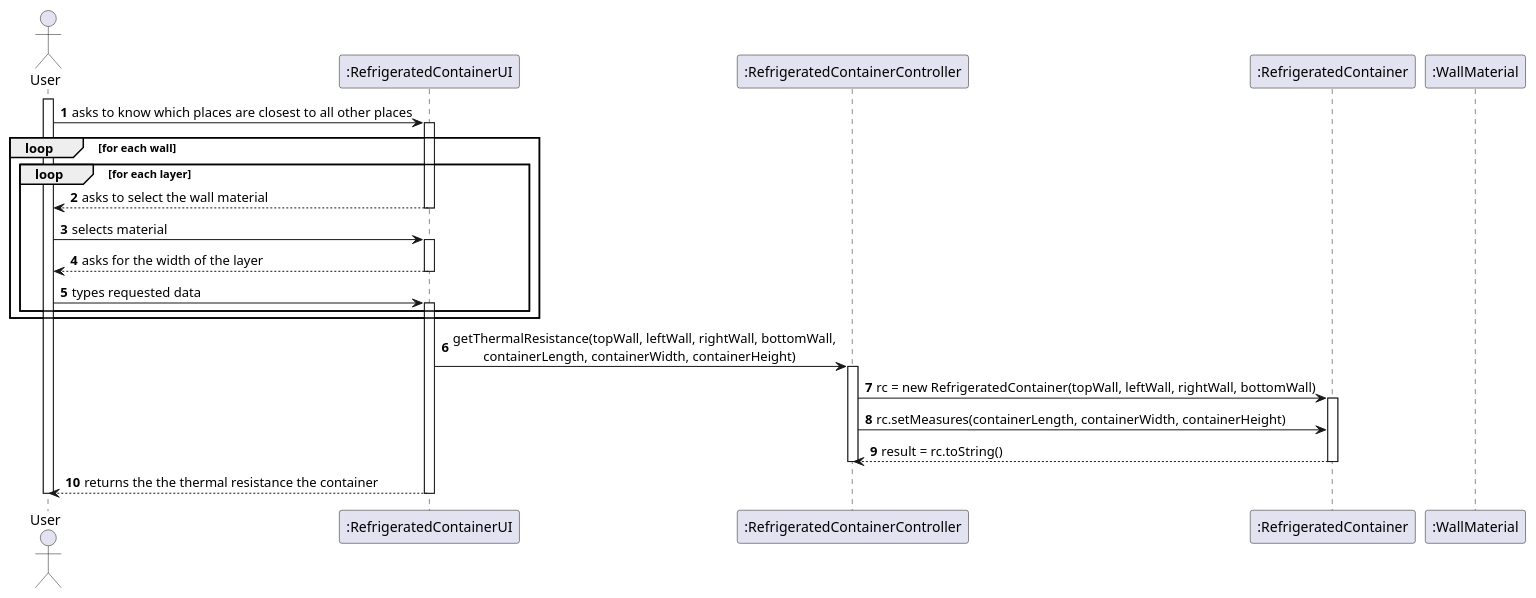
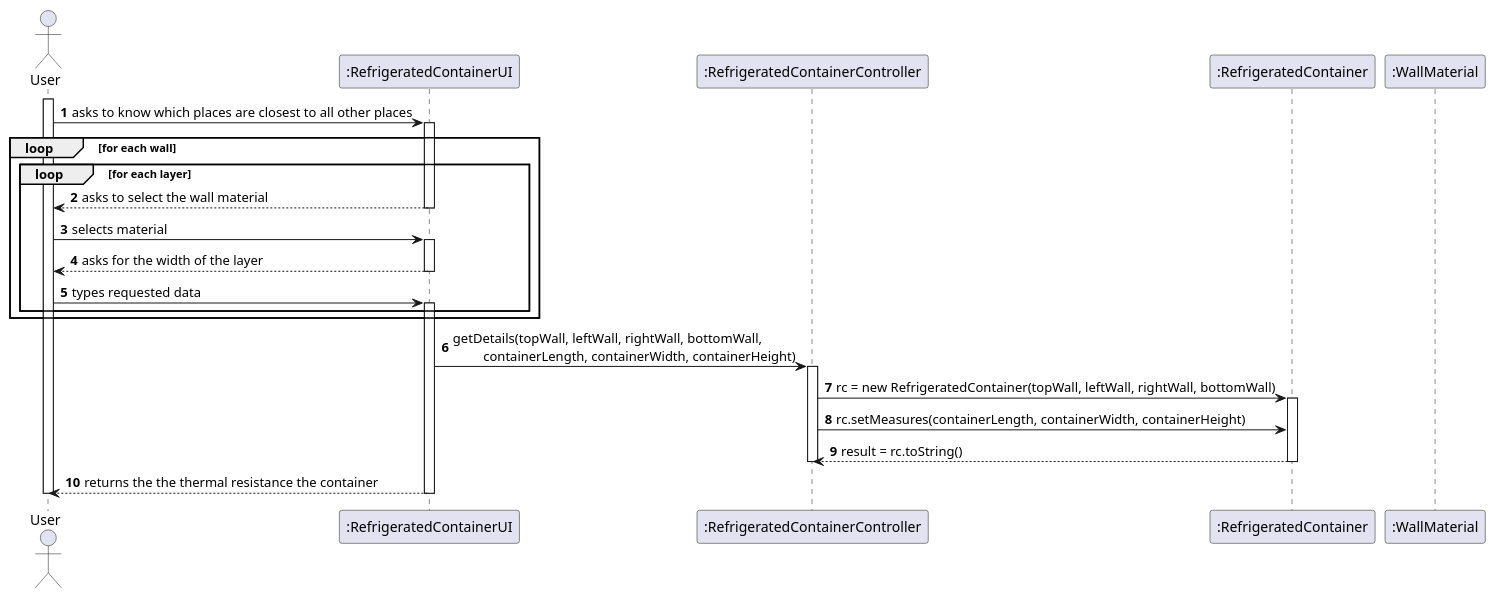
One commit to 1190772/LAB-Project-3 changed the diagram in docs/Sprint 3/US/Container'sWalls/Container'sWalls_SD.puml. Above: the diagram before and after it, drawn with PlantUML. The commit also changed 5 other files, not shown here.

```diff
--- a/docs/Sprint 3/US/Container'sWalls/Container'sWalls_SD.puml
+++ b/docs/Sprint 3/US/Container'sWalls/Container'sWalls_SD.puml
@@ -1,51 +1,51 @@
 @startuml
 'https://plantuml.com/sequence-diagram
 
 autonumber
 
 actor User as U
 
 participant ":RefrigeratedContainerUI" as UI
 participant ":RefrigeratedContainerController" as CTRL
 participant ":RefrigeratedContainer" as RC
 participant ":WallMaterial" as WM
 
 activate U
 U -> UI : asks to know which places are closest to all other places
 
 loop for each wall
 loop for each layer
 
 activate UI
 UI --> U : asks to select the wall material
 deactivate UI
 
 U -> UI : selects material
 
 activate UI
 UI --> U : asks for the width of the layer
 deactivate UI
 
 U -> UI : types requested data
 activate UI
 
 end
 end
 
-UI -> CTRL : getThermalResistance(topWall, leftWall, rightWall, bottomWall,\n\t containerLength, containerWidth, containerHeight)
+UI -> CTRL : getDetails(topWall, leftWall, rightWall, bottomWall,\n\t containerLength, containerWidth, containerHeight)
 activate CTRL
 
 CTRL -> RC : rc = new RefrigeratedContainer(topWall, leftWall, rightWall, bottomWall)
 activate RC
 CTRL -> RC : rc.setMeasures(containerLength, containerWidth, containerHeight)
 
 RC --> CTRL : result = rc.toString()
 deactivate RC
 
 deactivate CTRL
 
 UI --> U : returns the the thermal resistance the container
 
 deactivate UI
 deactivate U
 @enduml
```
